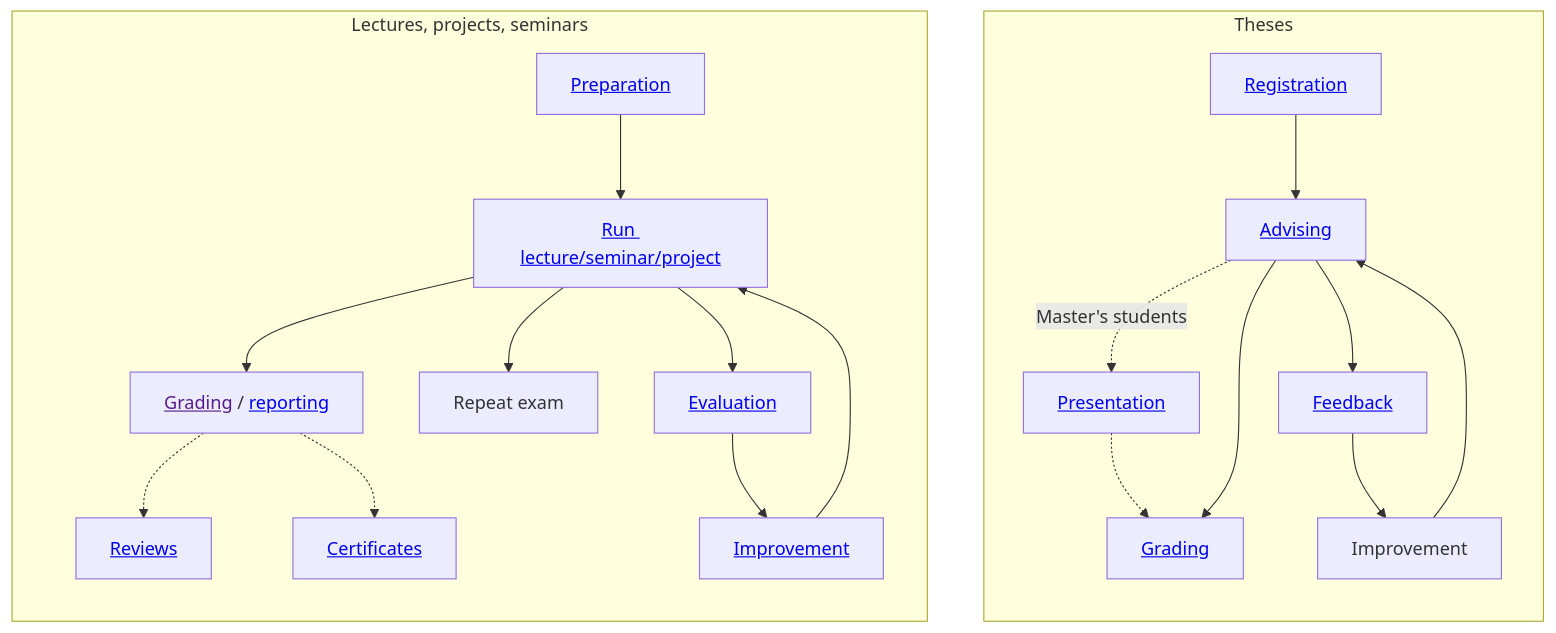
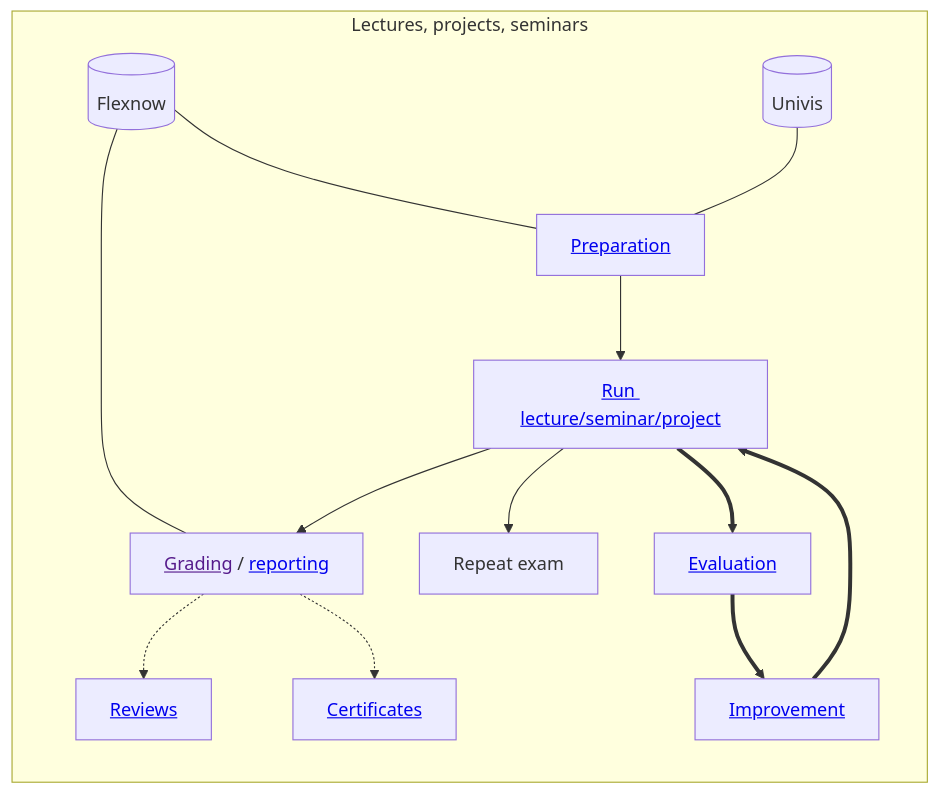
Before and after one commit to digital-work-lab/handbook: the first of 2 diagrams in docs/30-teaching/index.md, drawn with Mermaid.

````diff
--- a/docs/30-teaching/index.md
+++ b/docs/30-teaching/index.md
@@ -11,26 +13,22 @@
 ```mermaid
 flowchart TB
-    subgraph Theses
-        direction TB
-        Registration["<a href='30_processes/30.40.theses.html#registration'>Registration</a>"] --> Advising["<a href='30_processes/30.40.theses.html#advising'>Advising</a>"]
-        Advising -. Master's students .-> Presentation["<a href='30_processes/30.40.theses.html#thesis-presentation'>Presentation</a>"]
-        Presentation -.-> Grading
-        Advising --> Grading["<a href='30_processes/30.40.theses.html#grading'>Grading</a>"]
-        Advising --> Feedback["<a href='https://digital-work-lab.github.io/theses/docs/feedback.html'>Feedback</a>"]
-        Improvement --> Advising
-        Feedback --> Improvement
-    end
-
     subgraph main["Lectures, projects, seminars"]
         direction TB
+
+        Flexnow[(Flexnow)]
+        Flexnow --- Prepare
+        Flexnow --- Grade
+        Univis[(Univis)]
+        Univis --- Prepare
+
         Prepare["<a href='30_processes/30.09.new_modules.html'>Preparation</a>"] --> Run["<a href='30_processes/30.02.courses.html#course-list'>Run lecture/seminar/project</a>"]
         Run --> Grade["<a href=''>Grading</a> / <a href='30_processes/30.20.reports.html'>reporting</a>"]
         Run --> Repeat[Repeat exam]
         Grade -.-> Reviews["<a href='30_processes/30.60.reviews.html'>Reviews</a>"]
         Grade -.-> Certificates["<a href='30_processes/30.51.certificates.html'>Certificates</a>"]
-        Run --> Evaluate["<a href='30_processes/30.21.evaluations.html'>Evaluation</a>"]
-        Evaluate --> Improve["<a href='30_processes/30.22.improvements.html'>Improvement</a>"]
-        Improve --> Run
+        Run ==> Evaluate["<a href='30_processes/30.21.evaluations.html'>Evaluation</a>"]
+        Evaluate ==> Improve["<a href='30_processes/30.22.improvements.html'>Improvement</a>"]
+        Improve ==> Run
     end
 
 ```
````
